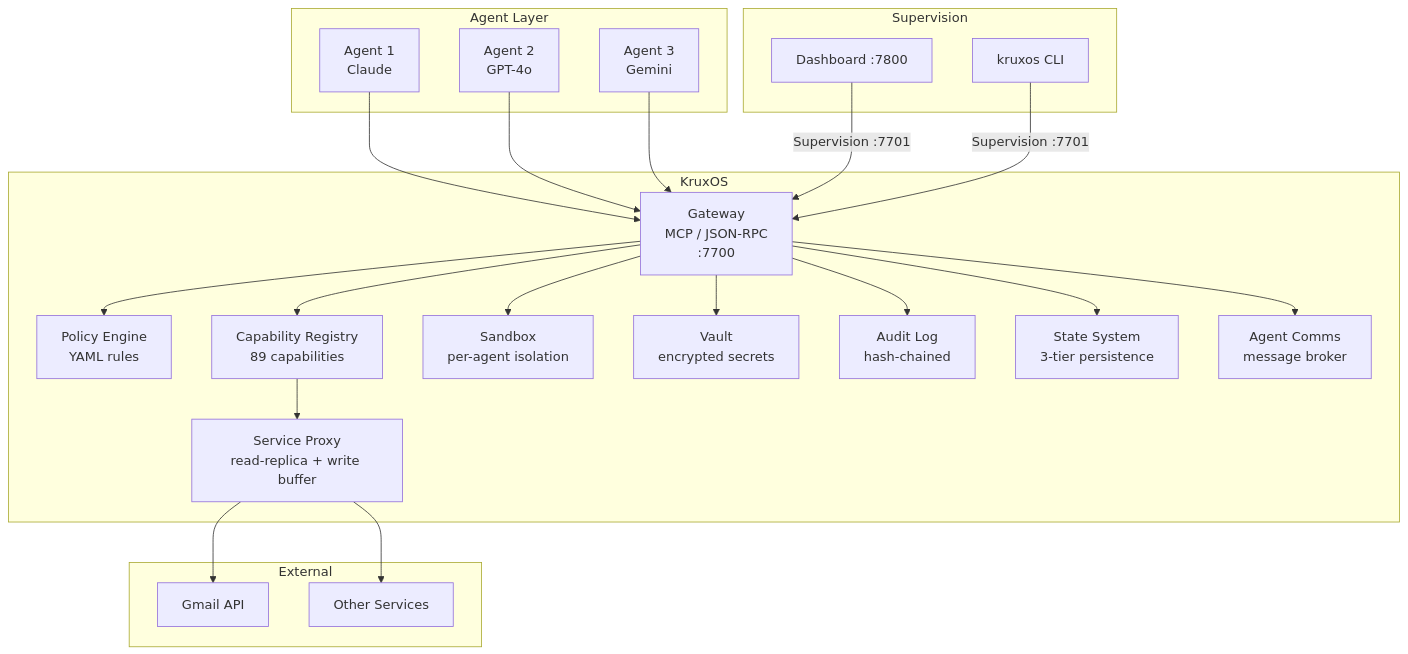
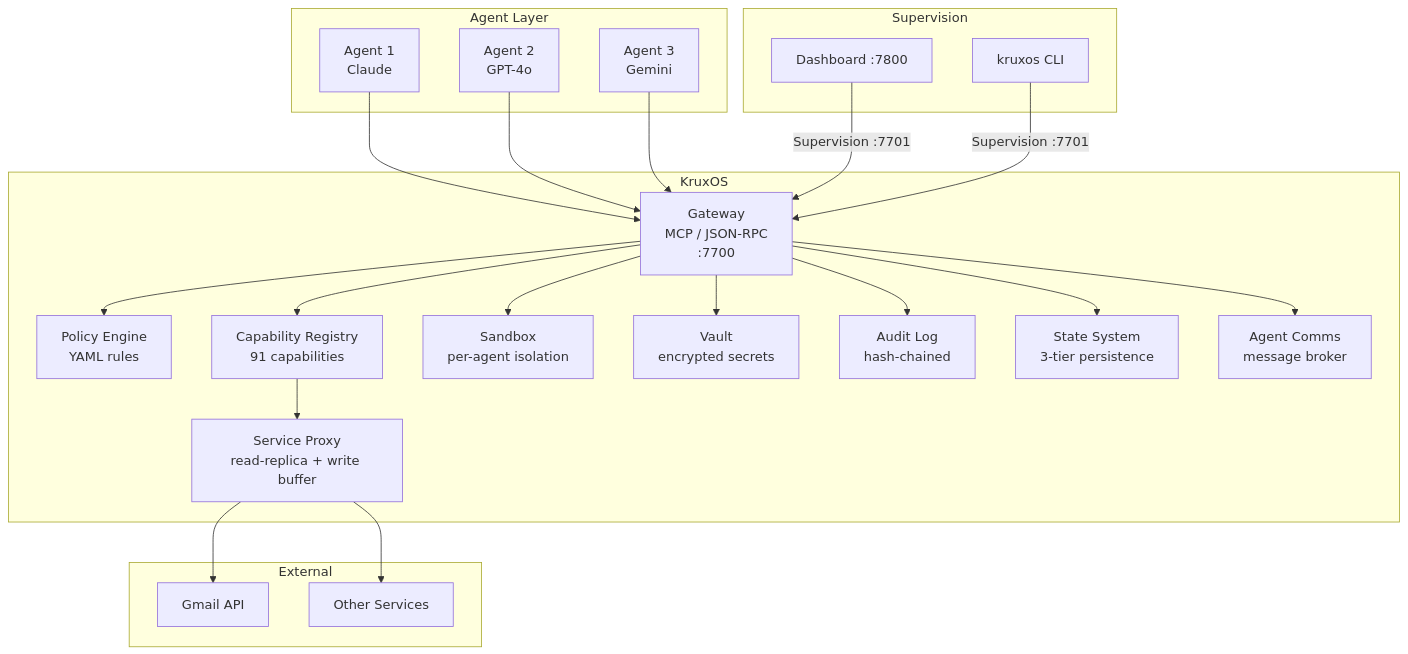
One commit to altvale/kruxos changed the diagram in docs/public/docs/enterprise/index.md. Above: the diagram before and after it, drawn with Mermaid. The commit also changed 23 other files, not shown here.

````diff
--- a/docs/public/docs/enterprise/index.md
+++ b/docs/public/docs/enterprise/index.md
@@ -27,42 +27,42 @@
 ```mermaid
 graph TB
     subgraph "Agent Layer"
         A1[Agent 1<br/>Claude]
         A2[Agent 2<br/>GPT-4o]
         A3[Agent 3<br/>Gemini]
     end
 
     subgraph "KruxOS"
         GW[Gateway<br/>MCP / JSON-RPC<br/>:7700]
         PE[Policy Engine<br/>YAML rules]
-        CR[Capability Registry<br/>89 capabilities]
+        CR[Capability Registry<br/>91 capabilities]
         SB[Sandbox<br/>per-agent isolation]
         VT[Vault<br/>encrypted secrets]
         AL[Audit Log<br/>hash-chained]
         SP[Service Proxy<br/>read-replica + write buffer]
         ST[State System<br/>3-tier persistence]
         CM[Agent Comms<br/>message broker]
     end
 
     subgraph "External"
         Gmail[Gmail API]
         Other[Other Services]
     end
 
     subgraph "Supervision"
         DB[Dashboard :7800]
         CLI[kruxos CLI]
     end
 
     A1 & A2 & A3 --> GW
     GW --> PE
     GW --> CR
     GW --> SB
     GW --> VT
     GW --> AL
     CR --> SP
     SP --> Gmail & Other
     GW --> ST
     GW --> CM
     DB & CLI -->|Supervision :7701| GW
 ```
````
